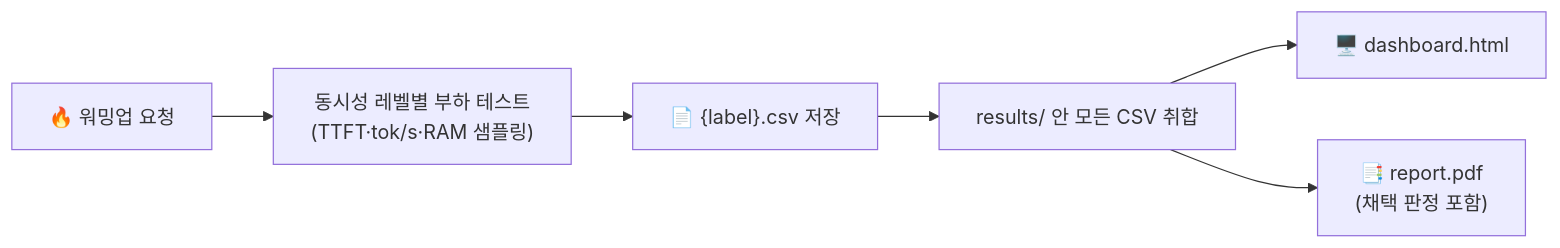
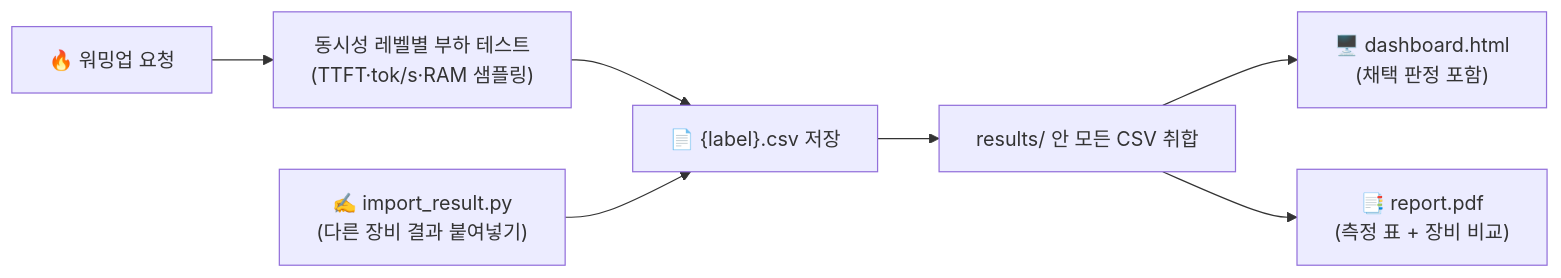
Before and after one commit to hongseongug812-ui/llm-bench-dashboard: the diagram in README.md, drawn with Mermaid. The commit also changed other lines of this file and 2 other files, not shown here.

First line of the commit message:
Add dashboard CSV copy button and fix a JS syntax bug it introduced

````diff
--- a/README.md
+++ b/README.md
@@ -201,8 +211,9 @@
 ```mermaid
 flowchart LR
     A["🔥 워밍업 요청"] --> B["동시성 레벨별 부하 테스트<br/>(TTFT·tok/s·RAM 샘플링)"]
     B --> C["📄 {label}.csv 저장"]
+    C2["✍️ import_result.py<br/>(다른 장비 결과 붙여넣기)"] --> C
     C --> D["results/ 안 모든 CSV 취합"]
-    D --> E["🖥️ dashboard.html"]
-    D --> F["📑 report.pdf<br/>(채택 판정 포함)"]
+    D --> E["🖥️ dashboard.html<br/>(채택 판정 포함)"]
+    D --> F["📑 report.pdf<br/>(측정 표 + 장비 비교)"]
 ```
````
